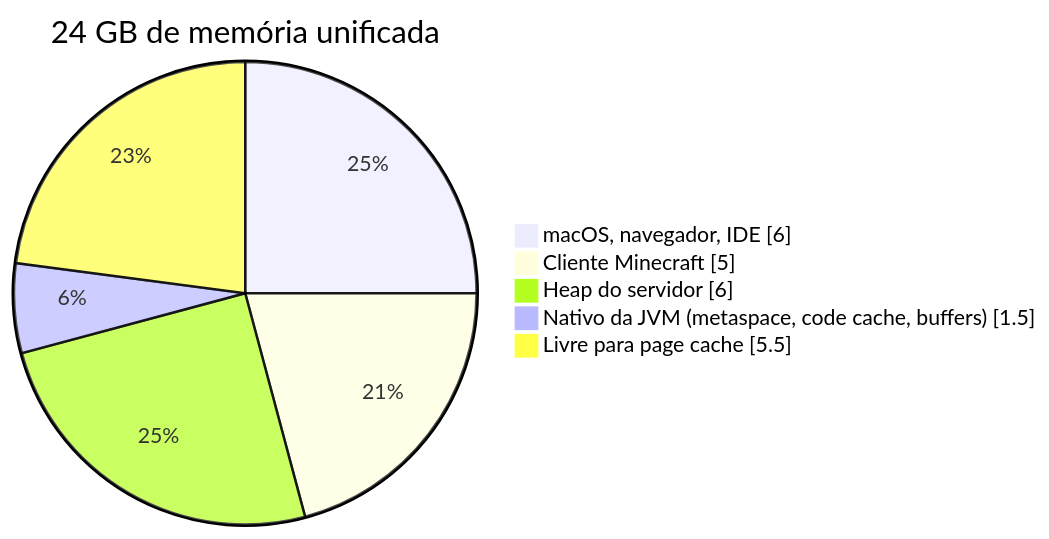
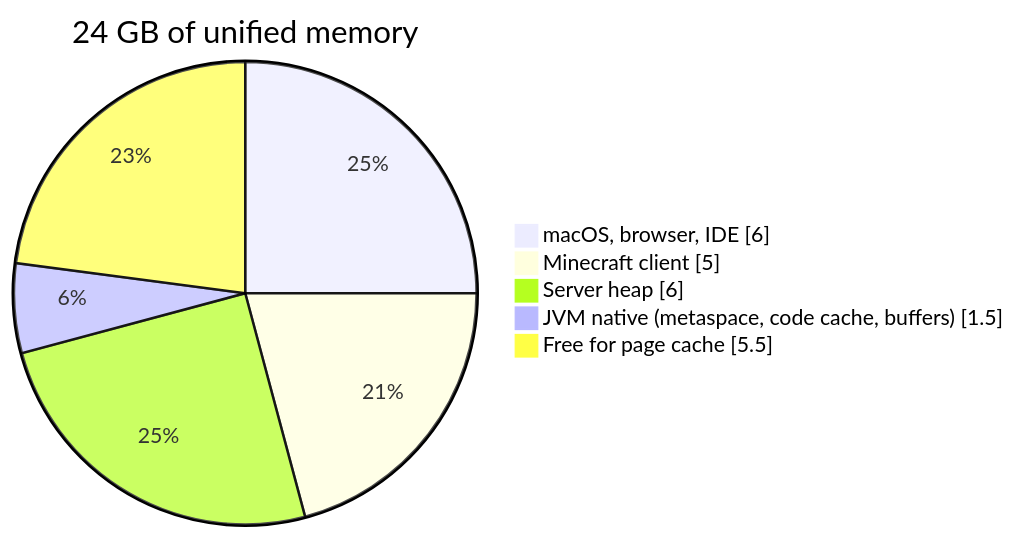
Before and after one commit to Nic-Soares/minecraft-fabric-server: the second of 2 diagrams in docs/STACK.md, drawn with Mermaid. The commit also changed other lines of this file and 26 other files, not shown here.

````diff
--- a/docs/STACK.md
+++ b/docs/STACK.md
@@ -45,9 +45,9 @@
 ```mermaid
 pie showData
-  title 24 GB de memória unificada
-  "macOS, navegador, IDE" : 6
-  "Cliente Minecraft" : 5
-  "Heap do servidor" : 6
-  "Nativo da JVM (metaspace, code cache, buffers)" : 1.5
-  "Livre para page cache" : 5.5
+  title 24 GB of unified memory
+  "macOS, browser, IDE" : 6
+  "Minecraft client" : 5
+  "Server heap" : 6
+  "JVM native (metaspace, code cache, buffers)" : 1.5
+  "Free for page cache" : 5.5
 ```
````
